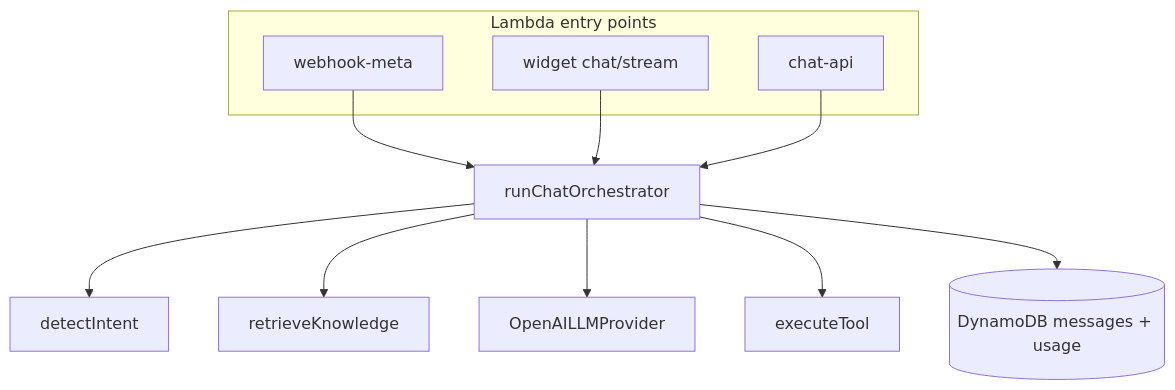
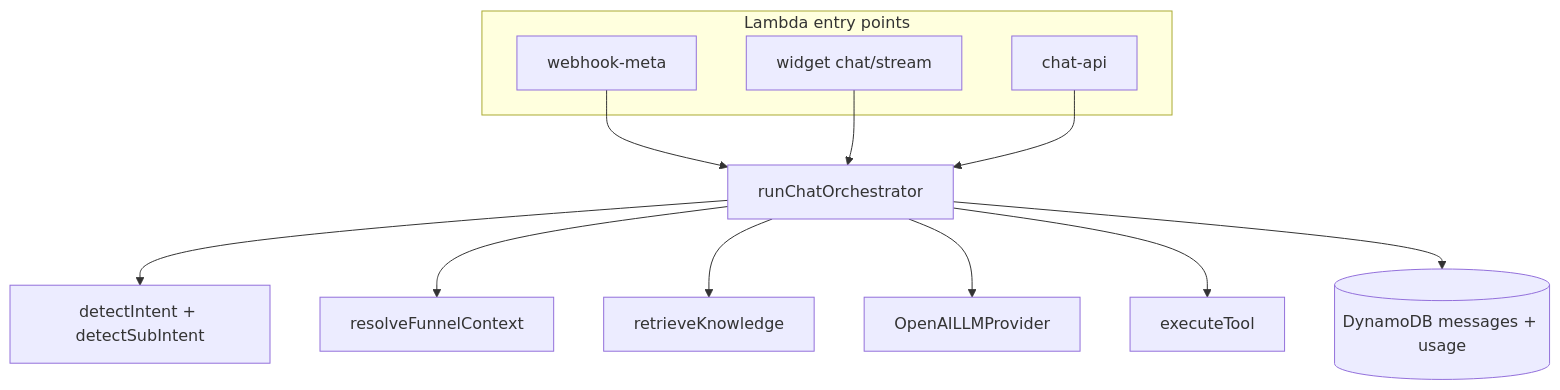
Before and after one commit to manikya/chat-bot: the diagram in docs/implementation/06-api-implementation-status.md, drawn with Mermaid. The commit also changed other lines of this file and 44 other files, not shown here.

````diff
--- a/docs/implementation/06-api-implementation-status.md
+++ b/docs/implementation/06-api-implementation-status.md
@@ -65,15 +71,16 @@
 ```mermaid
 flowchart TB
   subgraph handlers [Lambda entry points]
     WH[webhook-meta]
     W[widget chat/stream]
     C[chat-api]
   end
   ORCH[runChatOrchestrator]
   WH & W & C --> ORCH
-  ORCH --> INTENT[detectIntent]
+  ORCH --> INTENT[detectIntent + detectSubIntent]
+  ORCH --> FUNNEL[resolveFunnelContext]
   ORCH --> RAG[retrieveKnowledge]
   ORCH --> LLM[OpenAILLMProvider]
   ORCH --> TOOLS[executeTool]
   ORCH --> DDB[(DynamoDB messages + usage)]
 ```
````
